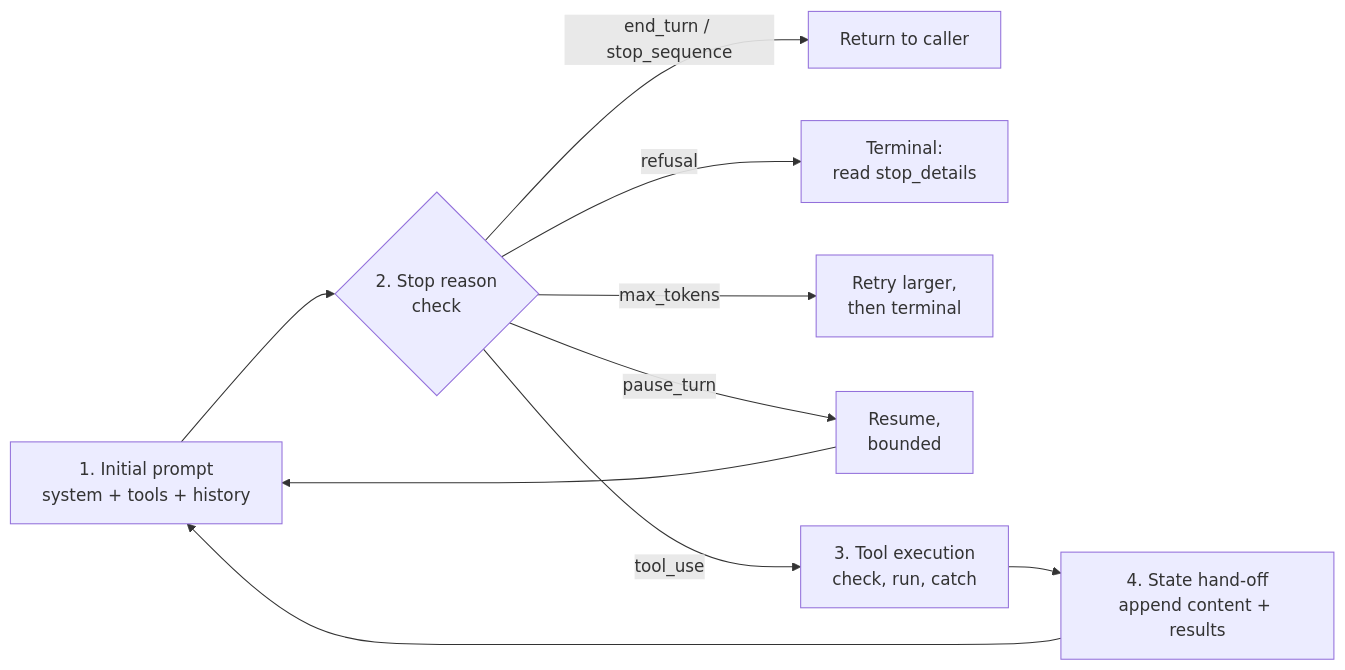
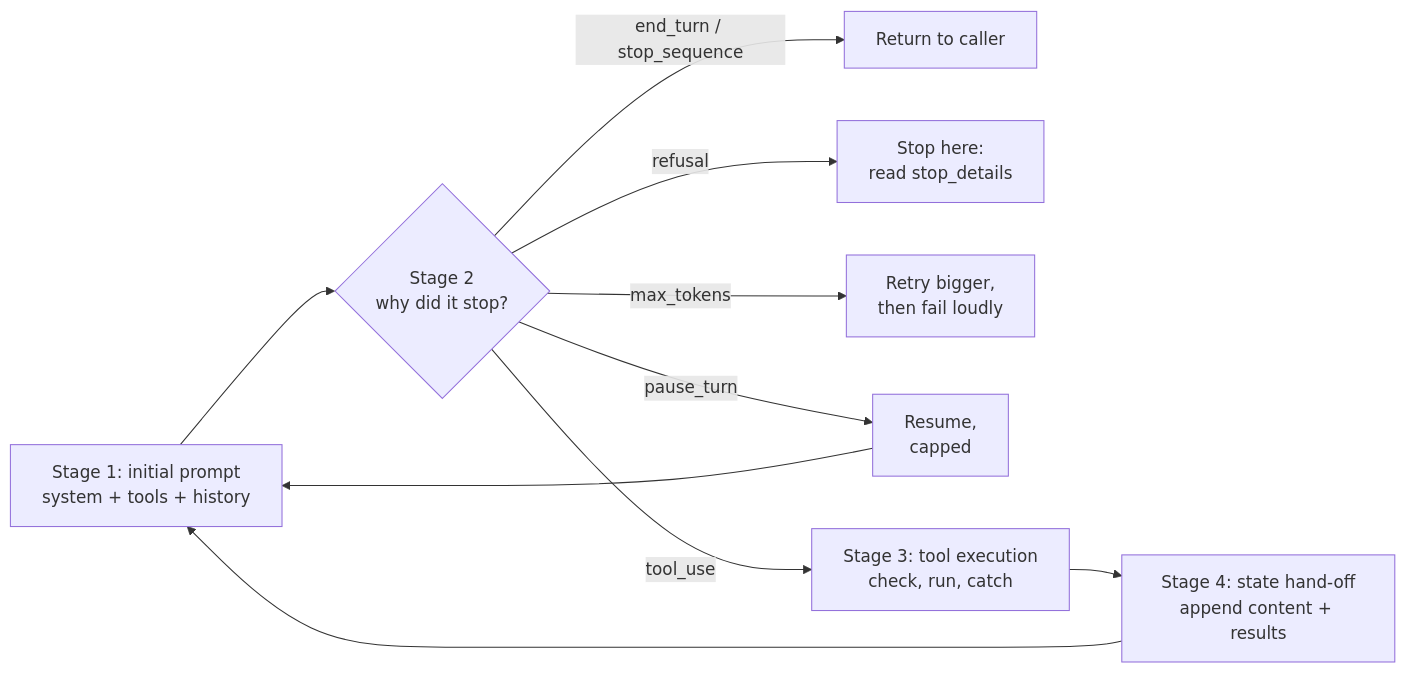
The diagram in posts/claude-architect-prep-week-1/index.qmd (project-delphi/ml-blog), drawn with Mermaid before and after one commit. The commit also changed 3 other files, not shown here.

First line of the commit message:
fix(posts): stop mermaid parsing the stage labels as an ordered list

````diff
--- a/posts/claude-architect-prep-week-1/index.qmd
+++ b/posts/claude-architect-prep-week-1/index.qmd
@@ -55,12 +55,12 @@
 ```{mermaid}
 flowchart LR
-    A["1. Initial prompt<br/>system + tools + history"] --> B{"2. Stop reason<br/>check"}
+    A["Stage 1: initial prompt<br/>system + tools + history"] --> B{"Stage 2<br/>why did it stop?"}
     B -->|end_turn / stop_sequence| Z["Return to caller"]
-    B -->|refusal| R["Terminal:<br/>read stop_details"]
-    B -->|max_tokens| T["Retry larger,<br/>then terminal"]
-    B -->|pause_turn| P["Resume,<br/>bounded"]
-    B -->|tool_use| C["3. Tool execution<br/>check, run, catch"]
-    C --> D["4. State hand-off<br/>append content + results"]
+    B -->|refusal| R["Stop here:<br/>read stop_details"]
+    B -->|max_tokens| T["Retry bigger,<br/>then fail loudly"]
+    B -->|pause_turn| P["Resume,<br/>capped"]
+    B -->|tool_use| C["Stage 3: tool execution<br/>check, run, catch"]
+    C --> D["Stage 4: state hand-off<br/>append content + results"]
     D --> A
     P --> A
 ```
````
